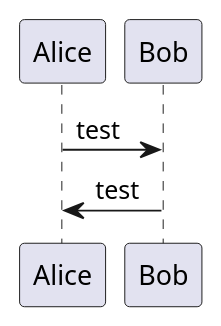
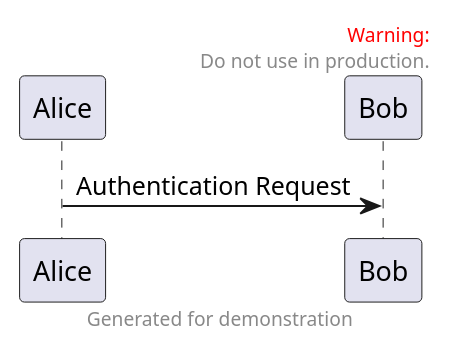
The diagram in documents/PlantUmlMarkdown/Readme.md (ddanilyuk/OBD2019), drawn with PlantUML before and after one commit. The commit also changed other lines of this file, not shown here.

````diff
--- a/documents/PlantUmlMarkdown/Readme.md
+++ b/documents/PlantUmlMarkdown/Readme.md
@@ -3,6 +3,13 @@
 ```plantuml
 @startuml
-Alice -> Bob: test
-Bob -> Alice: test
+Alice -> Bob: Authentication Request
+
+header
+<font color=red>Warning:</font>
+Do not use in production.
+endheader
+
+center footer Generated for demonstration
+
 @enduml
 ```
````
